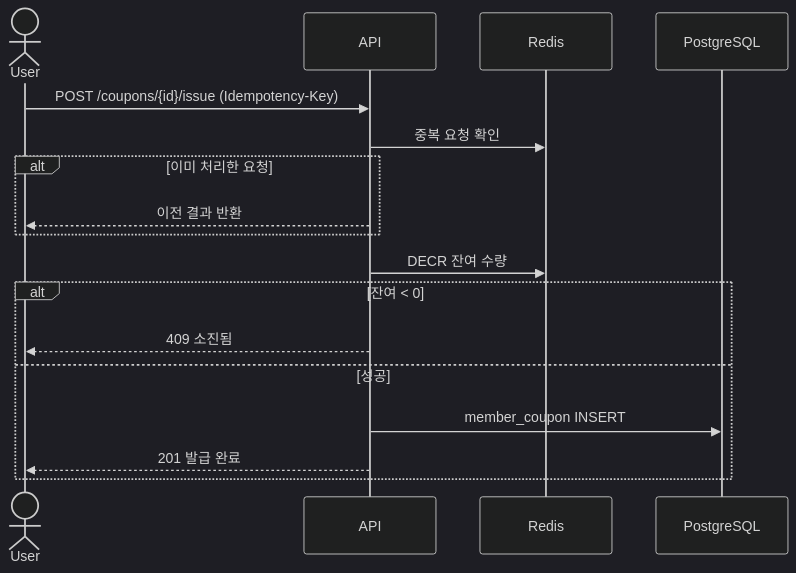
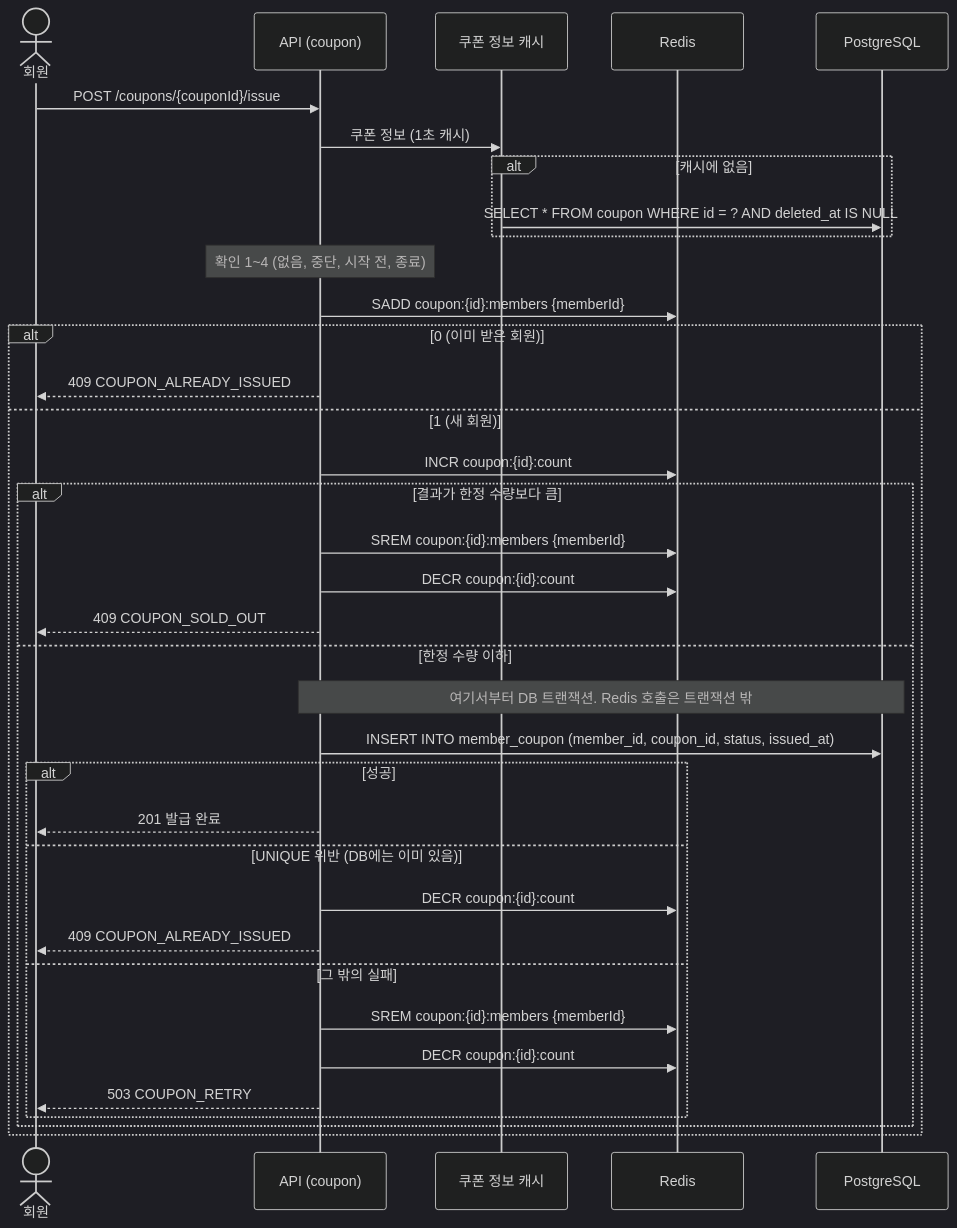
The second of 4 diagrams in docs/features/coupon/flows.md (KAPUIST/flash-gate), drawn with Mermaid (dark theme) before and after one commit. The commit also changed other lines of this file and 31 other files, not shown here.

First line of the commit message:
Write user flows, sequence flows, and APIs for every feature (#2)

````diff
--- a/docs/features/coupon/flows.md
+++ b/docs/features/coupon/flows.md
@@ -12,20 +39,39 @@
 ```mermaid
 sequenceDiagram
-    actor U as User
-    participant A as API
+    actor U as 회원
+    participant A as API (coupon)
+    participant C as 쿠폰 정보 캐시
     participant R as Redis
     participant D as PostgreSQL
 
-    U->>A: POST /coupons/{id}/issue (Idempotency-Key)
-    A->>R: 중복 요청 확인
-    alt 이미 처리한 요청
-        A-->>U: 이전 결과 반환
+    U->>A: POST /coupons/{couponId}/issue
+    A->>C: 쿠폰 정보 (1초 캐시)
+    alt 캐시에 없음
+        C->>D: SELECT * FROM coupon WHERE id = ? AND deleted_at IS NULL
     end
-    A->>R: DECR 잔여 수량
-    alt 잔여 < 0
-        A-->>U: 409 소진됨
-    else 성공
-        A->>D: member_coupon INSERT
-        A-->>U: 201 발급 완료
+    Note over A: 확인 1~4 (없음, 중단, 시작 전, 종료)
+    A->>R: SADD coupon:{id}:members {memberId}
+    alt 0 (이미 받은 회원)
+        A-->>U: 409 COUPON_ALREADY_ISSUED
+    else 1 (새 회원)
+        A->>R: INCR coupon:{id}:count
+        alt 결과가 한정 수량보다 큼
+            A->>R: SREM coupon:{id}:members {memberId}
+            A->>R: DECR coupon:{id}:count
+            A-->>U: 409 COUPON_SOLD_OUT
+        else 한정 수량 이하
+            Note over A,D: 여기서부터 DB 트랜잭션. Redis 호출은 트랜잭션 밖
+            A->>D: INSERT INTO member_coupon (member_id, coupon_id, status, issued_at)
+            alt 성공
+                A-->>U: 201 발급 완료
+            else UNIQUE 위반 (DB에는 이미 있음)
+                A->>R: DECR coupon:{id}:count
+                A-->>U: 409 COUPON_ALREADY_ISSUED
+            else 그 밖의 실패
+                A->>R: SREM coupon:{id}:members {memberId}
+                A->>R: DECR coupon:{id}:count
+                A-->>U: 503 COUPON_RETRY
+            end
+        end
     end
 ```
````
